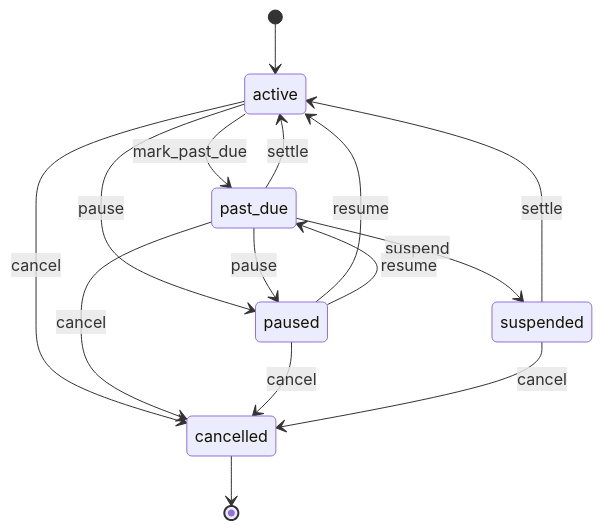
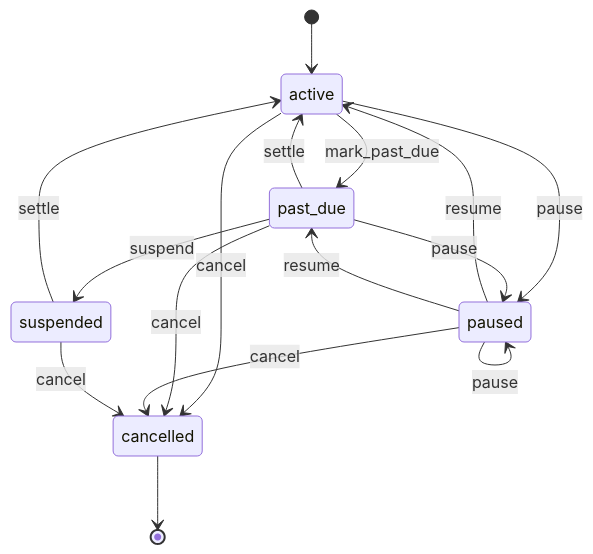
One commit to renox-rs/white-label changed the sixth of 10 diagrams in docs/modules/wl-invoicing.md. Above: the diagram before and after it, drawn with Mermaid. The commit also changed other lines of this file and 53 other files, not shown here.

First line of the commit message:
Add negative-flow backlog and SME problem map

````diff
--- a/docs/modules/wl-invoicing.md
+++ b/docs/modules/wl-invoicing.md
@@ -364,17 +381,18 @@
 ```mermaid
 stateDiagram-v2
   [*] --> active
   active --> past_due: mark_past_due
   past_due --> active: settle
   suspended --> active: settle
   past_due --> suspended: suspend
   active --> paused: pause
   past_due --> paused: pause
+  paused --> paused: pause
   paused --> active: resume
   paused --> past_due: resume
   active --> cancelled: cancel
   past_due --> cancelled: cancel
   paused --> cancelled: cancel
   suspended --> cancelled: cancel
   cancelled --> [*]
 ```
````
